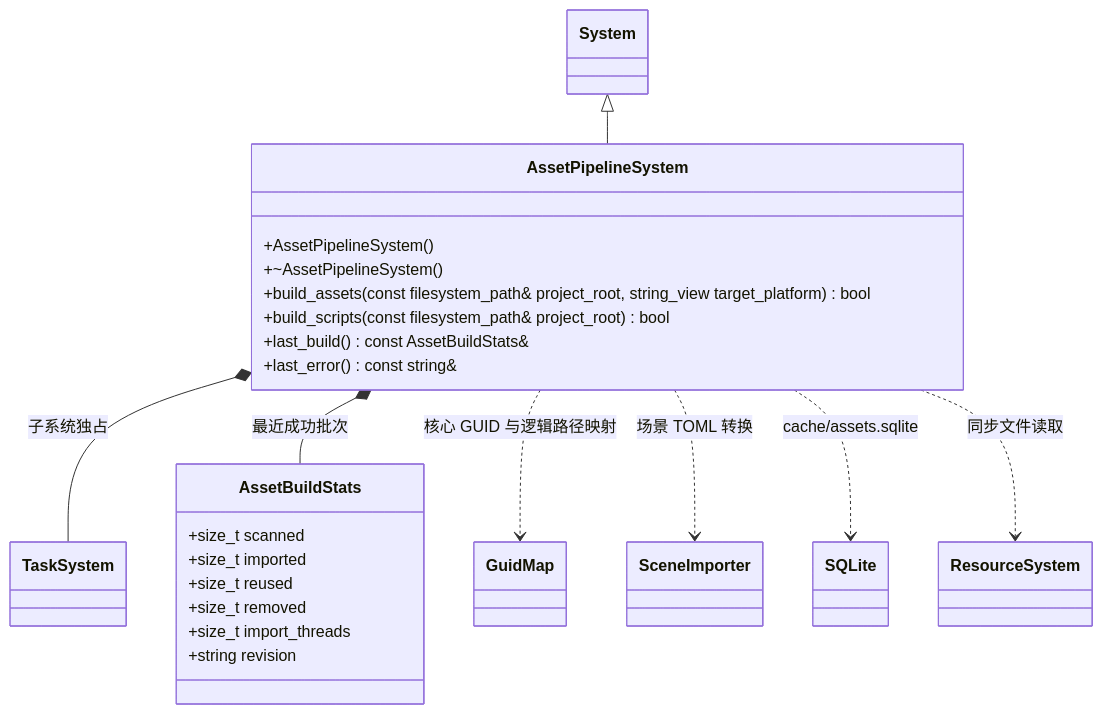
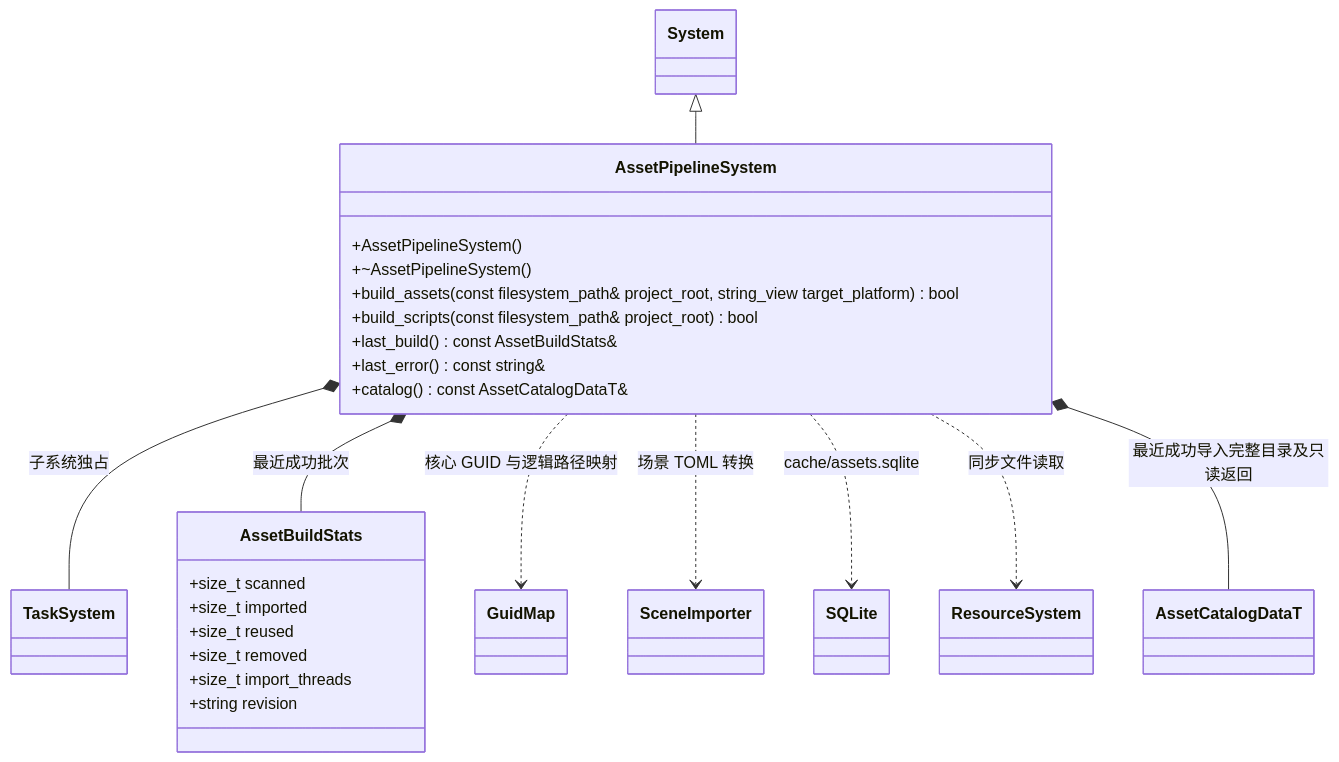
One commit to lcals/Engine changed the diagram in docs/editor/class-diagrams/asset-pipeline-system.md. Above: the diagram before and after it, drawn with Mermaid. The commit also changed other lines of this file and 96 other files, not shown here.

````diff
--- a/docs/editor/class-diagrams/asset-pipeline-system.md
+++ b/docs/editor/class-diagrams/asset-pipeline-system.md
@@ -5,32 +7,35 @@
 ```mermaid
 classDiagram
     class System
     class AssetPipelineSystem {
         +AssetPipelineSystem()
         +~AssetPipelineSystem()
         +build_assets(const filesystem_path& project_root, string_view target_platform) bool
         +build_scripts(const filesystem_path& project_root) bool
         +last_build() const AssetBuildStats&
         +last_error() const string&
+        +catalog() const AssetCatalogDataT&
     }
     class AssetBuildStats {
         +size_t scanned
         +size_t imported
         +size_t reused
         +size_t removed
         +size_t import_threads
         +string revision
     }
     class TaskSystem
     class GuidMap
     class SceneImporter
     class SQLite
     class ResourceSystem
+    class AssetCatalogDataT
     System <|-- AssetPipelineSystem
     AssetPipelineSystem *-- TaskSystem : 子系统独占
     AssetPipelineSystem *-- AssetBuildStats : 最近成功批次
     AssetPipelineSystem ..> GuidMap : 核心 GUID 与逻辑路径映射
     AssetPipelineSystem ..> SceneImporter : 场景 TOML 转换
     AssetPipelineSystem ..> SQLite : cache/assets.sqlite
     AssetPipelineSystem ..> ResourceSystem : 同步文件读取
+    AssetPipelineSystem *-- AssetCatalogDataT : 最近成功导入完整目录及只读返回
 ```
````
